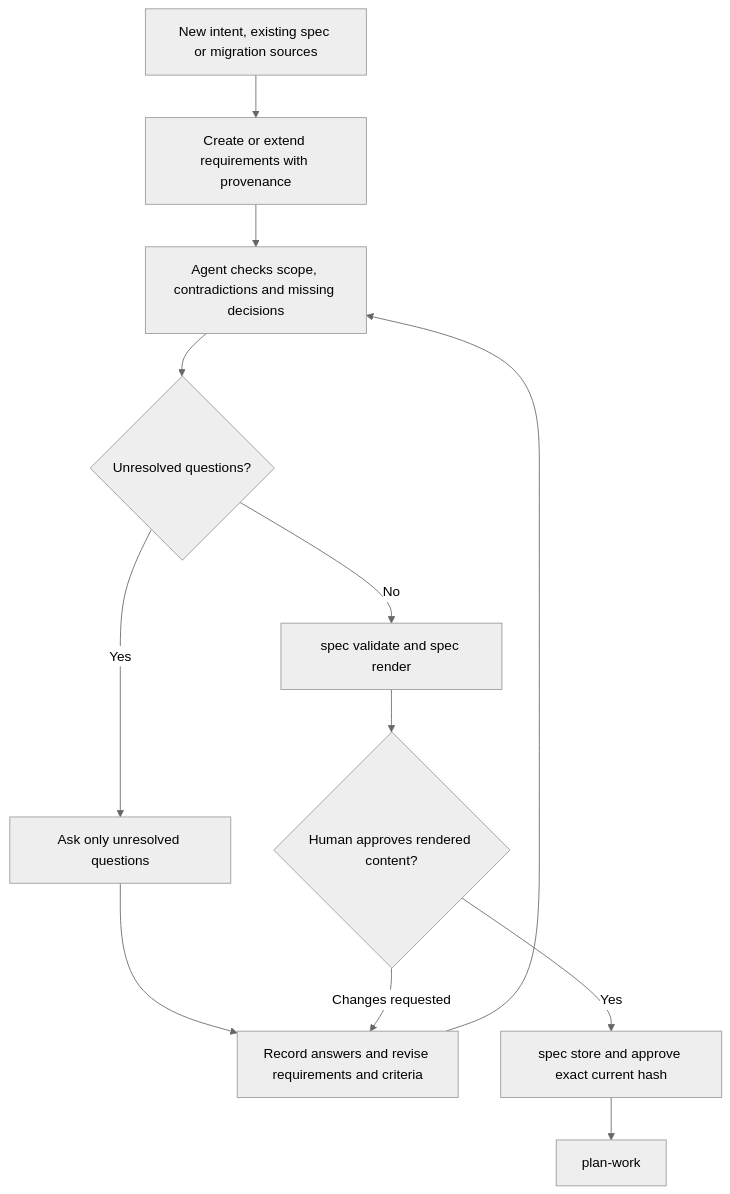
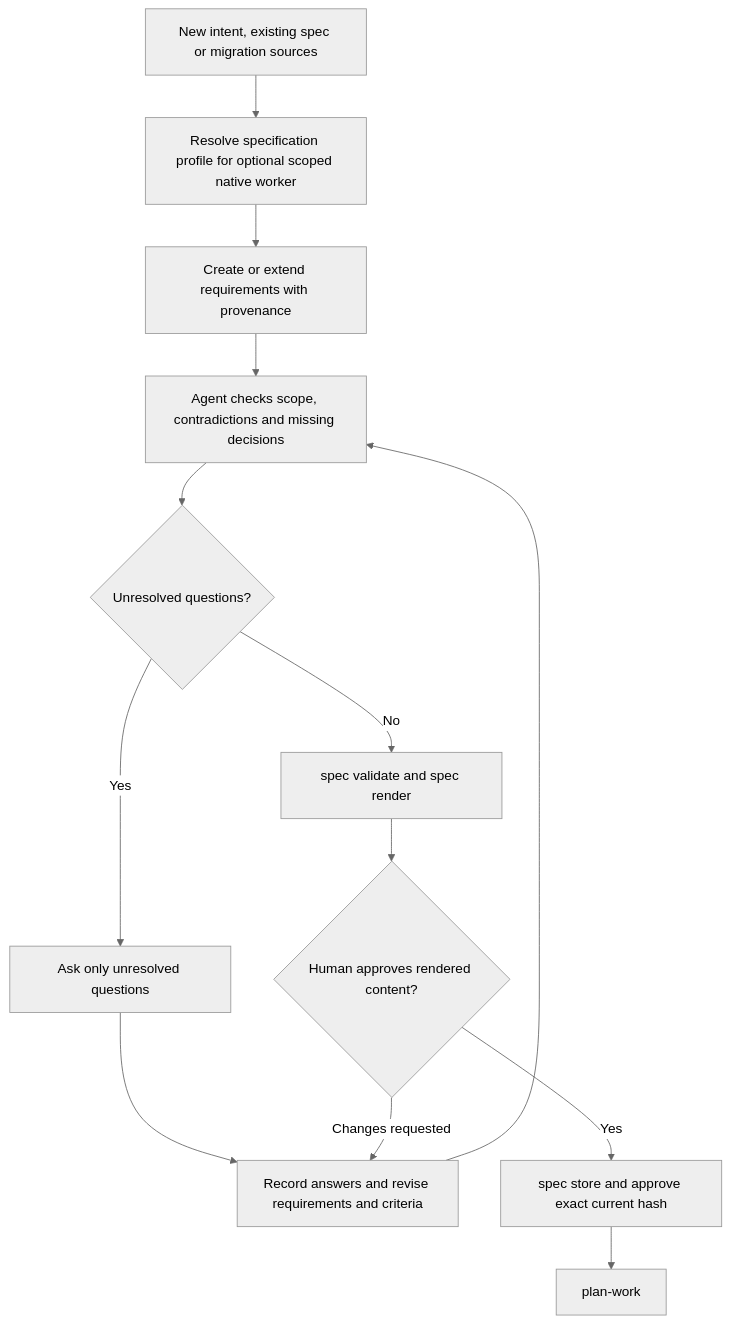
Before and after one commit to wgentil/devflow: the diagram in skills/specify/SKILL.md, drawn with Mermaid (neutral theme). The commit also changed other lines of this file and 48 other files, not shown here.

````diff
--- a/skills/specify/SKILL.md
+++ b/skills/specify/SKILL.md
@@ -10,14 +10,15 @@
 ```mermaid
 flowchart TD
-    Input["New intent, existing spec or migration sources"] --> Draft["Create or extend requirements with provenance"]
+    Input["New intent, existing spec or migration sources"] --> Native["Resolve specification profile for optional scoped native worker"]
+    Native --> Draft["Create or extend requirements with provenance"]
     Draft --> Inspect["Agent checks scope, contradictions and missing decisions"]
     Inspect --> Gaps{"Unresolved questions?"}
     Gaps -->|Yes| Ask["Ask only unresolved questions"]
     Ask --> Revise["Record answers and revise requirements and criteria"]
     Revise --> Inspect
     Gaps -->|No| Validate["spec validate and spec render"]
     Validate --> Human{"Human approves rendered content?"}
     Human -->|Changes requested| Revise
     Human -->|Yes| Approve["spec store and approve exact current hash"]
     Approve --> Plan["plan-work"]
 ```
````
